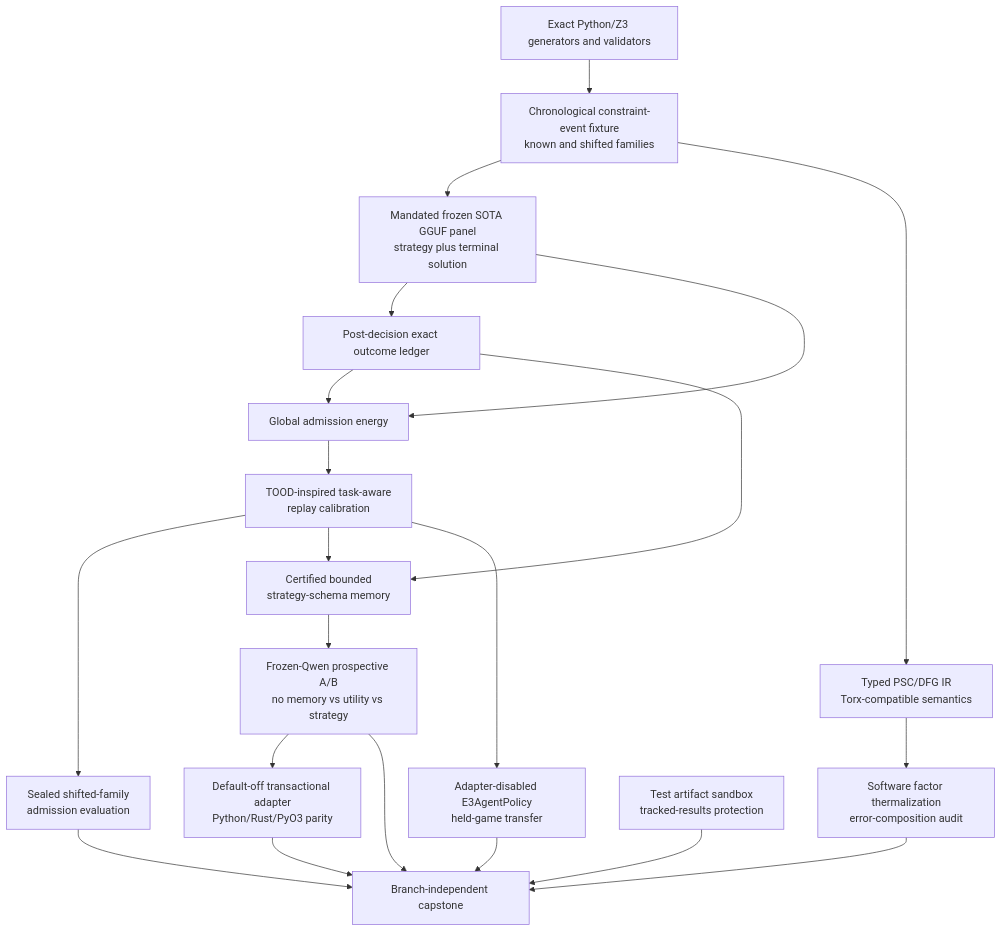
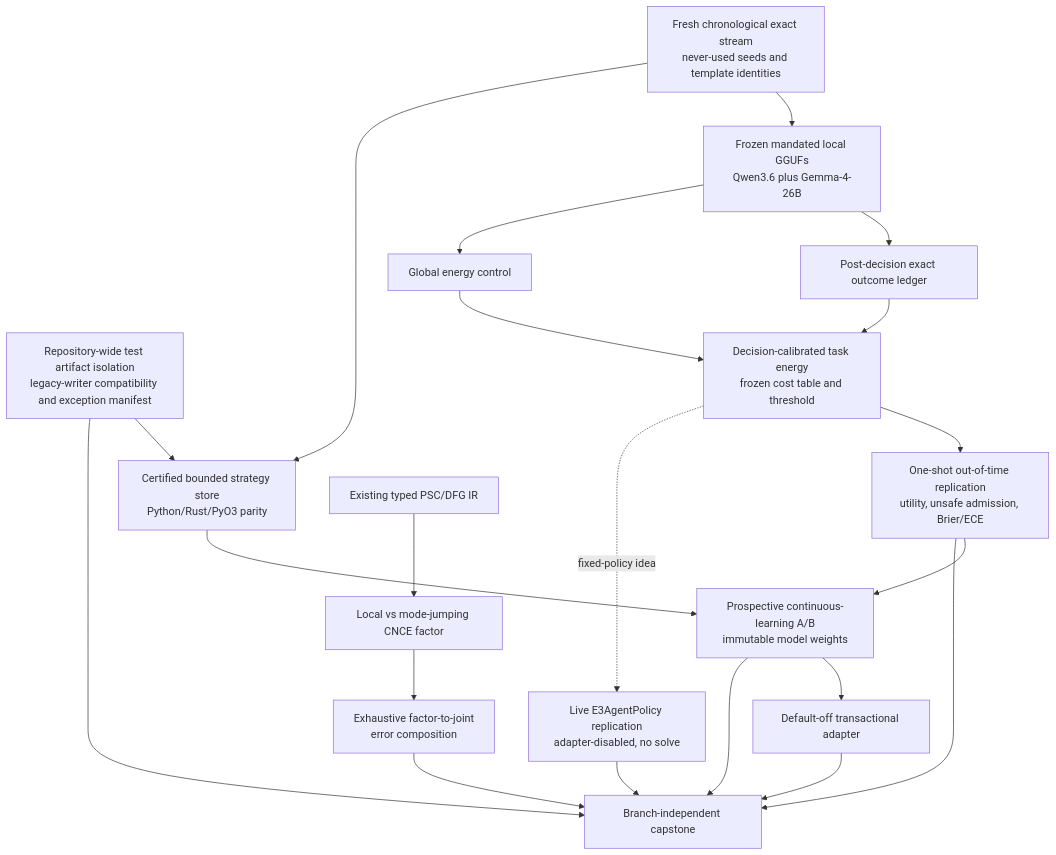
The diagram in openspec/change-proposals/research-roadmap-vNEXT.md (Carnot-EBM/carnot-ebm), drawn with Mermaid before and after one commit. The commit also changed other lines of this file and 6 other files, not shown here.

````diff
--- a/openspec/change-proposals/research-roadmap-vNEXT.md
+++ b/openspec/change-proposals/research-roadmap-vNEXT.md
@@ -114,37 +109,40 @@
 ```mermaid
 flowchart TD
-    EXACT[Exact Python/Z3 generators and validators]
-    STREAM[Chronological constraint-event fixture\nknown and shifted families]
-    GGUF[Mandated frozen SOTA GGUF panel\nstrategy plus terminal solution]
-    OUTCOME[Post-decision exact outcome ledger]
+    ISO[Repository-wide test artifact isolation\nlegacy-writer compatibility and exception manifest]
+    STREAM[Fresh chronological exact stream\nnever-used seeds and template identities]
+    GGUF[Frozen mandated local GGUFs\nQwen3.6 plus Gemma-4-26B]
+    LEDGER[Post-decision exact outcome ledger]
 
-    GLOBAL[Global admission energy]
-    TASKCAL[TOOD-inspired task-aware\nreplay calibration]
-    HELD[Sealed shifted-family\nadmission evaluation]
+    GLOBAL[Global energy control]
+    DECAL[Decision-calibrated task energy\nfrozen cost table and threshold]
+    HELD[One-shot out-of-time replication\nutility, unsafe admission, Brier/ECE]
 
-    SCHEMA[Certified bounded\nstrategy-schema memory]
-    CSL[Frozen-Qwen prospective A/B\nno memory vs utility vs strategy]
-    SHADOW[Default-off transactional adapter\nPython/Rust/PyO3 parity]
+    STORE[Certified bounded strategy store\nPython/Rust/PyO3 parity]
+    CSL[Prospective continuous-learning A/B\nimmutable model weights]
+    SHADOW[Default-off transactional adapter]
 
-    PSC[Typed PSC/DFG IR\nTorx-compatible semantics]
-    THERM[Software factor thermalization\nerror-composition audit]
+    IR[Existing typed PSC/DFG IR]
+    CNCE[Local vs mode-jumping CNCE factor]
+    COMPOSE[Exhaustive factor-to-joint\nerror composition]
 
-    ARC[Adapter-disabled E3AgentPolicy\nheld-game transfer]
-    ISO[Test artifact sandbox\ntracked-results protection]
+    ARC[Live E3AgentPolicy replication\nadapter-disabled, no solve]
     CAP[Branch-independent capstone]
 
-    EXACT --> STREAM --> GGUF --> OUTCOME
-    GGUF --> GLOBAL
-    OUTCOME --> GLOBAL --> TASKCAL --> HELD
-    OUTCOME --> SCHEMA
-    TASKCAL --> SCHEMA --> CSL --> SHADOW
+    STREAM --> GGUF --> LEDGER
+    GGUF --> GLOBAL --> DECAL --> HELD
+    LEDGER --> DECAL
+    STREAM --> STORE
+    ISO --> STORE
+    STORE --> CSL
+    HELD --> CSL --> SHADOW
 
-    STREAM --> PSC --> THERM
-    TASKCAL --> ARC
+    IR --> CNCE --> COMPOSE
+    DECAL -. fixed-policy idea .-> ARC
+
     ISO --> CAP
     HELD --> CAP
     CSL --> CAP
     SHADOW --> CAP
-    THERM --> CAP
+    COMPOSE --> CAP
     ARC --> CAP
 ```
````
